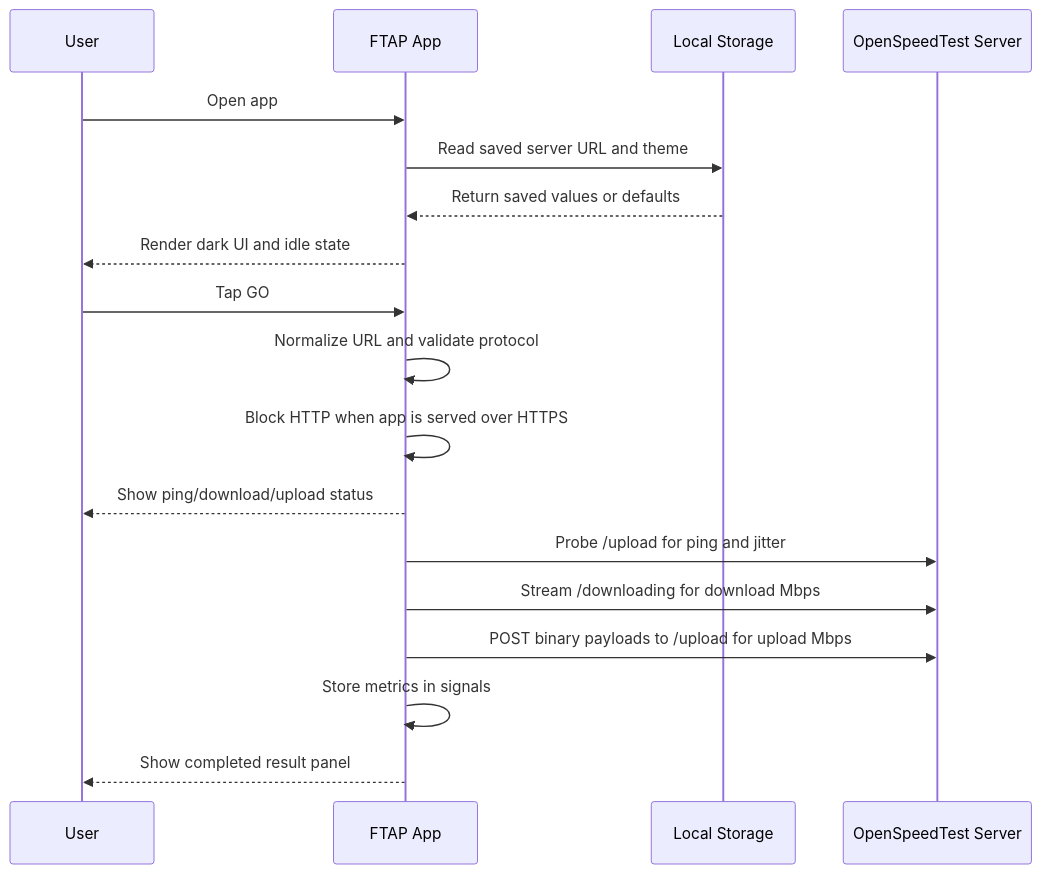
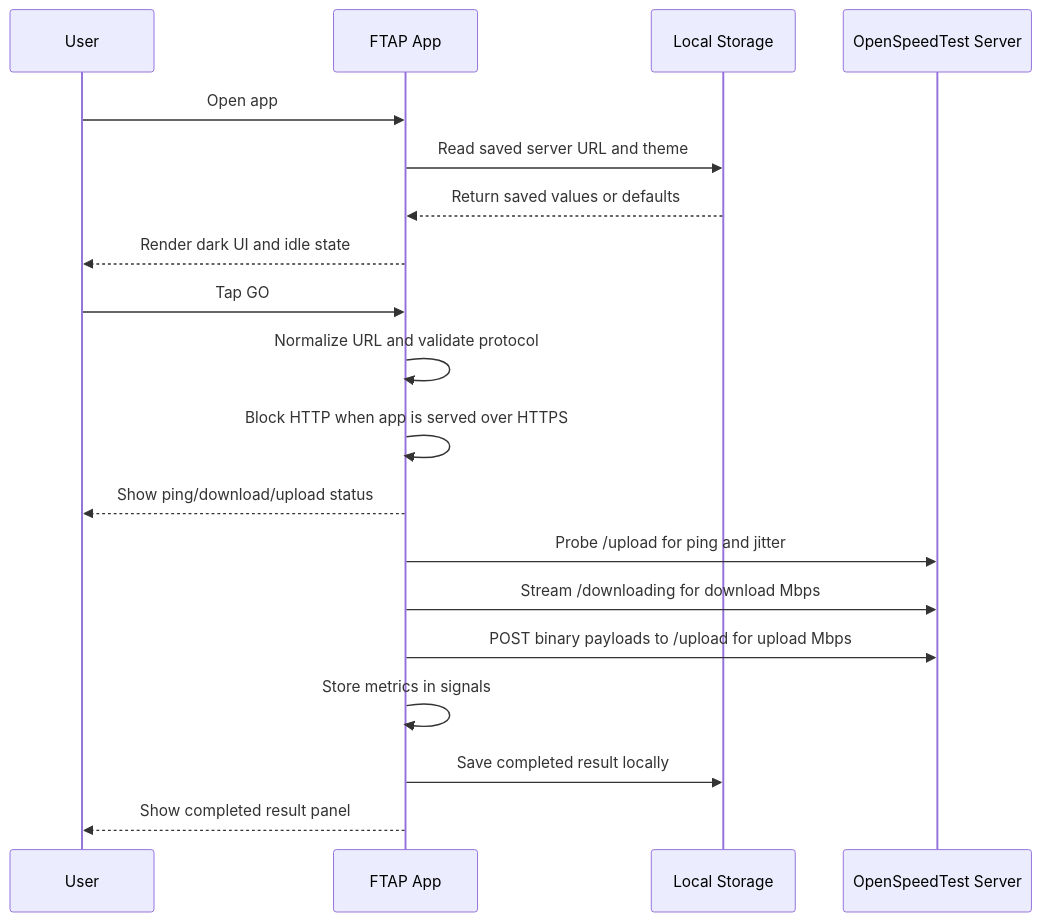
One commit to rgalor-ca/openspeedtest-ftap-poc changed the third of 11 diagrams in docs/DOCUMENTATION.md. Above: the diagram before and after it, drawn with Mermaid. The commit also changed other lines of this file and 19 other files, not shown here.

````diff
--- a/docs/DOCUMENTATION.md
+++ b/docs/DOCUMENTATION.md
@@ -131,21 +144,22 @@
 ```mermaid
 sequenceDiagram
   participant U as User
   participant A as FTAP App
   participant Store as Local Storage
   participant S as OpenSpeedTest Server
 
   U->>A: Open app
   A->>Store: Read saved server URL and theme
   Store-->>A: Return saved values or defaults
   A-->>U: Render dark UI and idle state
   U->>A: Tap GO
   A->>A: Normalize URL and validate protocol
   A->>A: Block HTTP when app is served over HTTPS
   A-->>U: Show ping/download/upload status
   A->>S: Probe /upload for ping and jitter
   A->>S: Stream /downloading for download Mbps
   A->>S: POST binary payloads to /upload for upload Mbps
   A->>A: Store metrics in signals
+  A->>Store: Save completed result locally
   A-->>U: Show completed result panel
 ```
````
